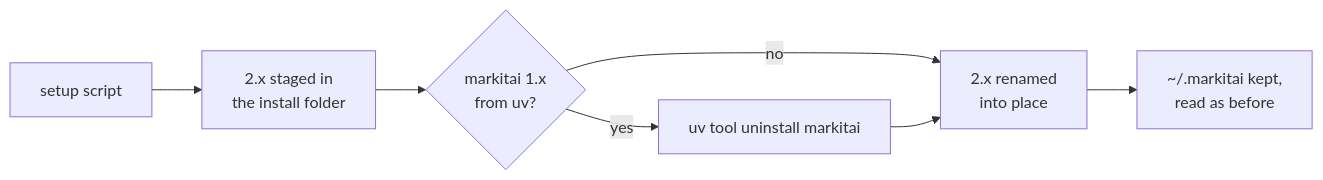
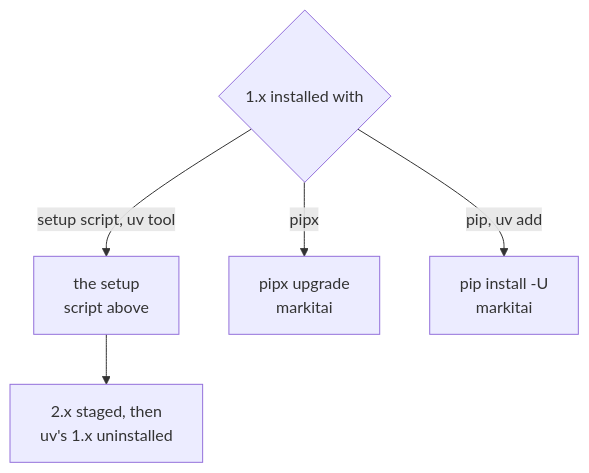
One commit to Ynewtime/markitai changed the diagram in website/guide/upgrading.md. Above: the diagram before and after it, drawn with Mermaid. The commit also changed other lines of this file and 3 other files, not shown here.

````diff
--- a/website/guide/upgrading.md
+++ b/website/guide/upgrading.md
@@ -11,9 +9,7 @@
 ```mermaid
-flowchart LR
-  S[setup script] --> N["2.x staged in<br/>the install folder"]
-  N --> U{"markitai 1.x<br/>from uv?"}
-  U -->|yes| R["uv tool uninstall markitai"]
-  U -->|no| I
-  R --> I["2.x renamed<br/>into place"]
-  I --> K["~/.markitai kept,<br/>read as before"]
+flowchart TD
+  A{"1.x installed with"} -->|"setup script, uv tool"| S["the setup<br/>script above"]
+  A -->|pipx| P["pipx upgrade<br/>markitai"]
+  A -->|"pip, uv add"| W["pip install -U<br/>markitai"]
+  S --> R["2.x staged, then<br/>uv's 1.x uninstalled"]
 ```
````
